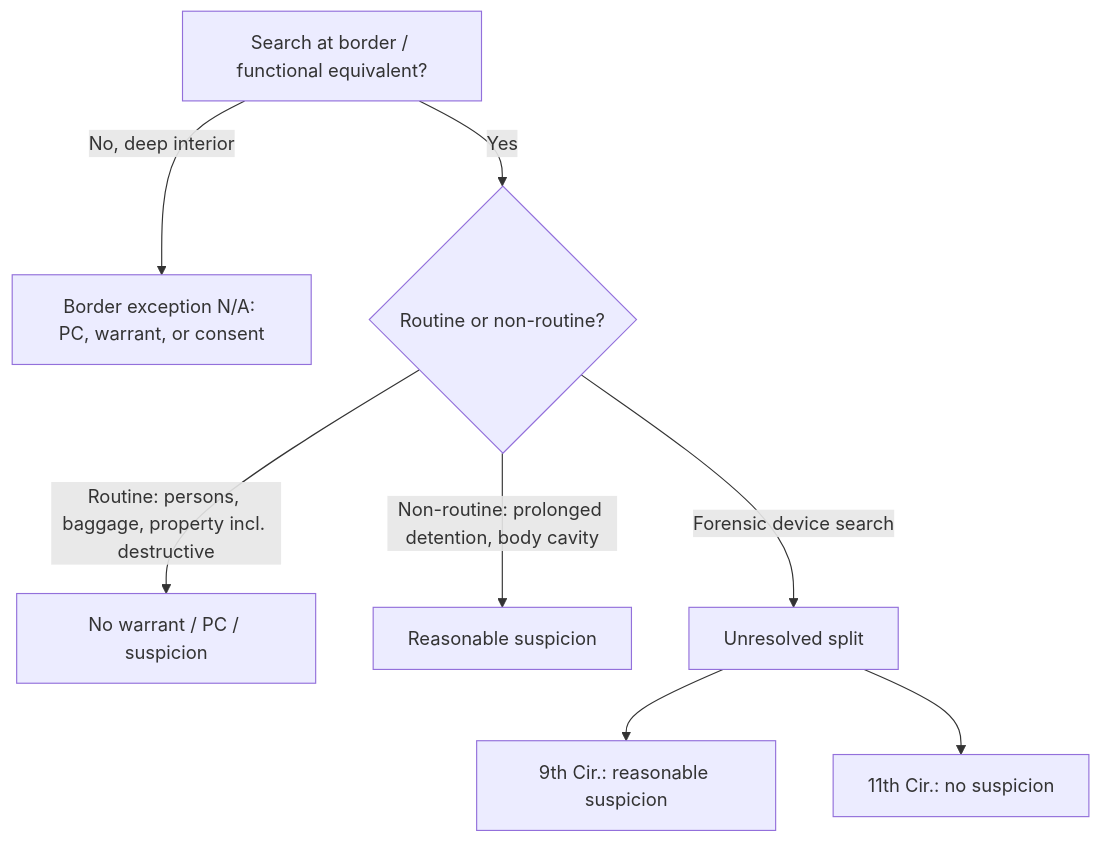
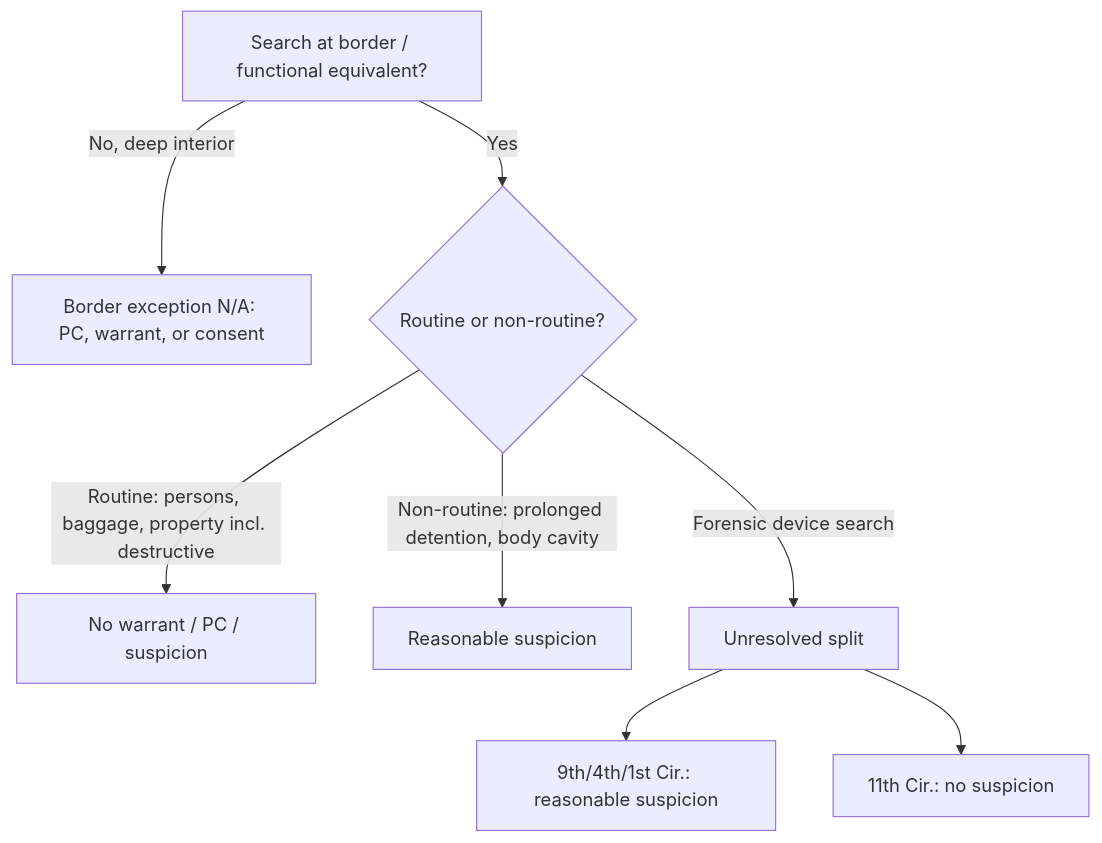
One commit to Enragedsaturday/cssi changed the diagram in content/Border Searches.md. Above: the diagram before and after it, drawn with Mermaid. The commit also changed other lines of this file and 38 other files, not shown here.

````diff
--- a/content/Border Searches.md
+++ b/content/Border Searches.md
@@ -69,10 +70,10 @@
 ```mermaid
 flowchart TD
   A[Search at border / functional equivalent?] -->|No, deep interior| Z[Border exception N/A: PC, warrant, or consent]
   A -->|Yes| B{Routine or non-routine?}
   B -->|Routine: persons, baggage, property incl. destructive| C[No warrant / PC / suspicion]
   B -->|Non-routine: prolonged detention, body cavity| D[Reasonable suspicion]
   B -->|Forensic device search| E[Unresolved split]
-  E --> F[9th Cir.: reasonable suspicion]
+  E --> F[9th/4th/1st Cir.: reasonable suspicion]
   E --> G[11th Cir.: no suspicion]
 ```
````
